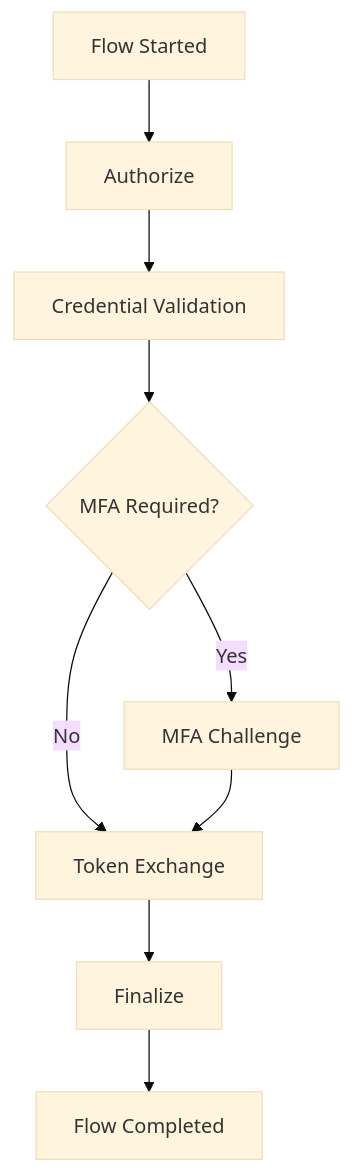
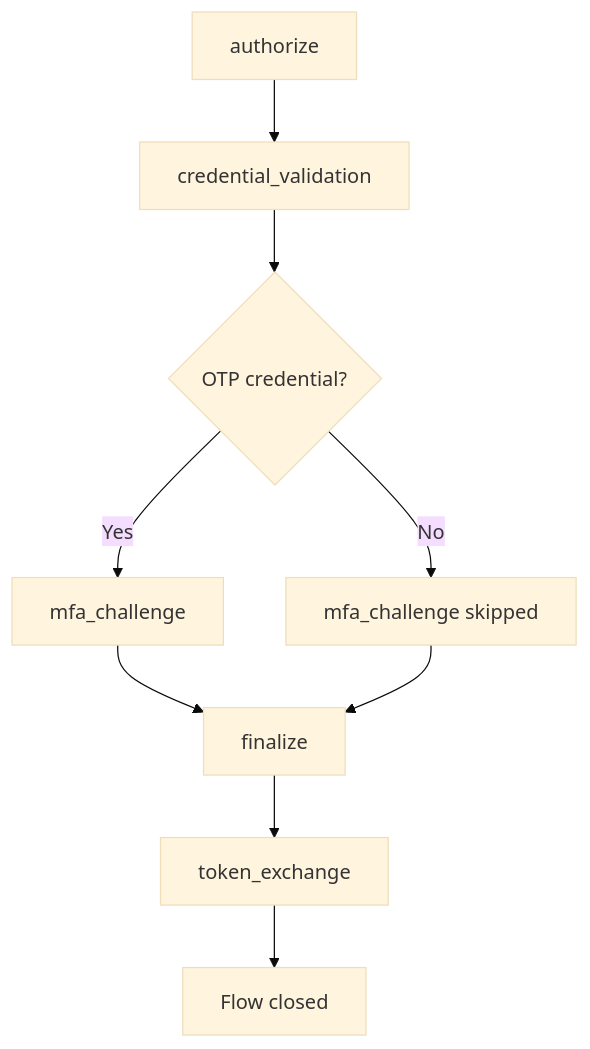
The diagram in apps/docs/src/content/docs/modules/default/en/compass/overview.mdx (ferriskey/website), drawn with Mermaid (base theme) before and after one commit. The commit also changed other lines of this file and 152 other files, not shown here.

````diff
--- a/apps/docs/src/content/docs/modules/default/en/compass/overview.mdx
+++ b/apps/docs/src/content/docs/modules/default/en/compass/overview.mdx
@@ -30,11 +43,11 @@
 ```mermaid
 graph TD
-    A[Flow Started] --> B[Authorize]
-    B --> C[Credential Validation]
-    C --> D{MFA Required?}
-    D -->|Yes| E[MFA Challenge]
-    D -->|No| F[Token Exchange]
+    A[authorize] --> B[credential_validation]
+    B --> C{OTP credential?}
+    C -->|Yes| D[mfa_challenge]
+    C -->|No| E[mfa_challenge skipped]
+    D --> F[finalize]
     E --> F
-    F --> G[Finalize]
-    G --> H[Flow Completed]
+    F --> G[token_exchange]
+    G --> H[Flow closed]
 ```
````
